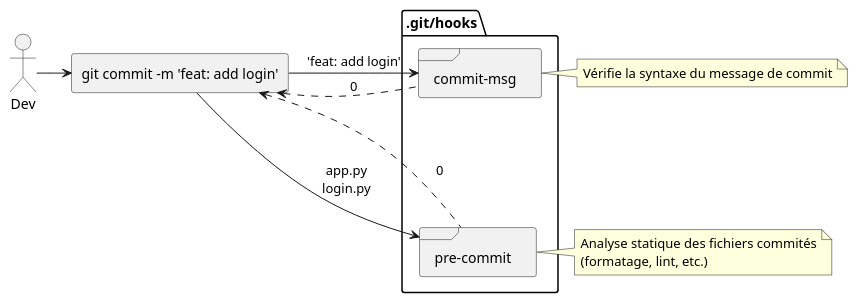
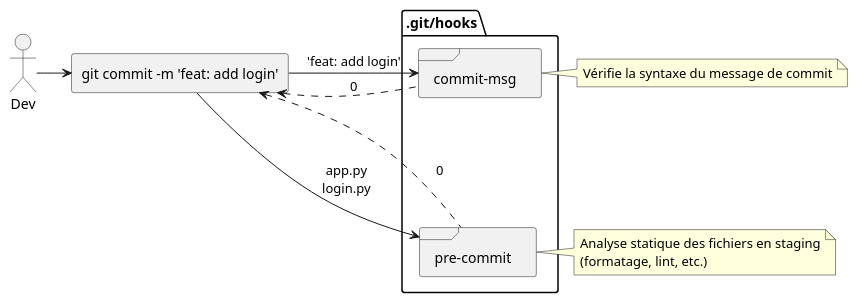
Before and after one commit to lucsorel/conferences: the third of 4 diagrams in python-rennes-2024.05.16-safedockerignore/2024.05.16-python-rennes-safedockerignore.adoc, drawn with PlantUML. The commit also changed other lines of this file, not shown here.

```diff
--- a/python-rennes-2024.05.16-safedockerignore/2024.05.16-python-rennes-safedockerignore.adoc
+++ b/python-rennes-2024.05.16-safedockerignore/2024.05.16-python-rennes-safedockerignore.adoc
@@ -153,25 +117,25 @@
 [plantuml, target=usecase-diagram, format=svg]
 ----
 @startuml
 actor "Dev" as dev
 rectangle "git commit -m 'feat: add login'" as commit {
 }
 package ".git/hooks" {
   frame "commit-msg" as commitmsg
   frame "pre-commit" as precommit
 }
 commitmsg -[hidden]down- precommit
 dev -> commit
 commit -> commitmsg: "'feat: add login'"
 commit <. commitmsg: 0
 commit -> precommit: "\napp.py\nlogin.py"
 commit <. precommit: 0
 note right of commitmsg {
   Vérifie la syntaxe du message de commit
 }
 note right of precommit {
-  Analyse statique des fichiers commités
+  Analyse statique des fichiers en staging
   (formatage, lint, etc.)
 }
 @enduml
 ----
```
